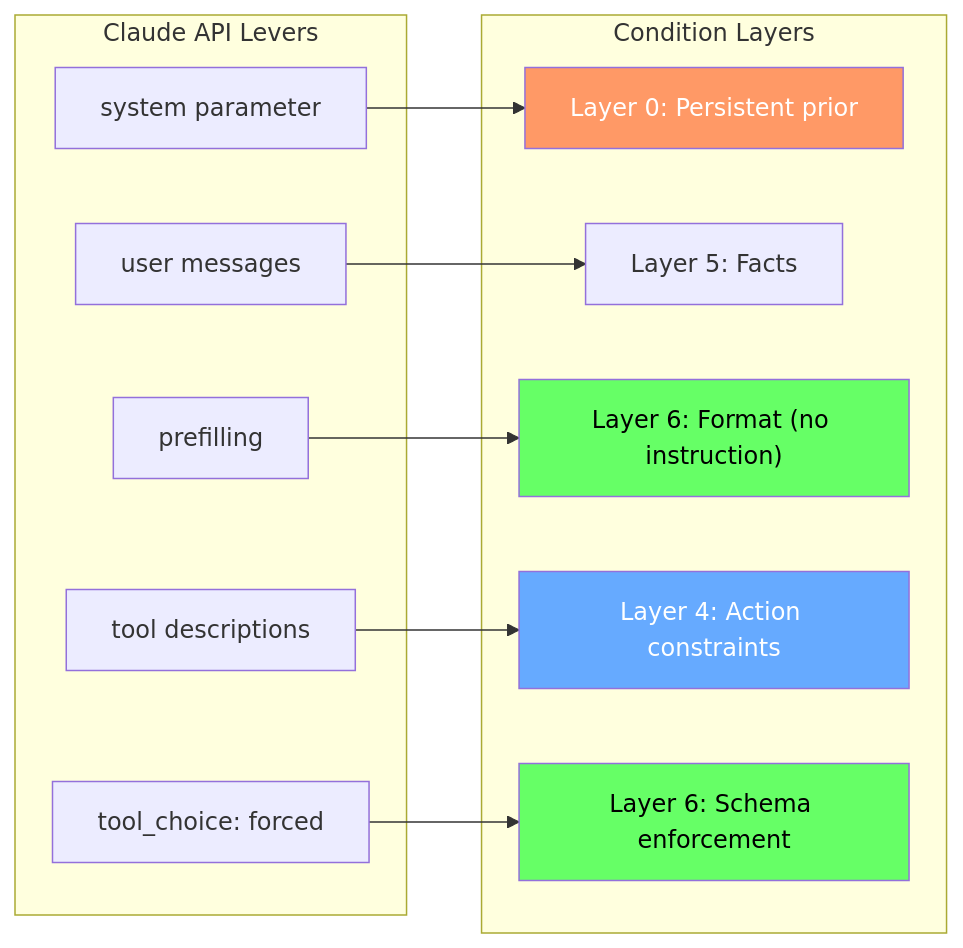
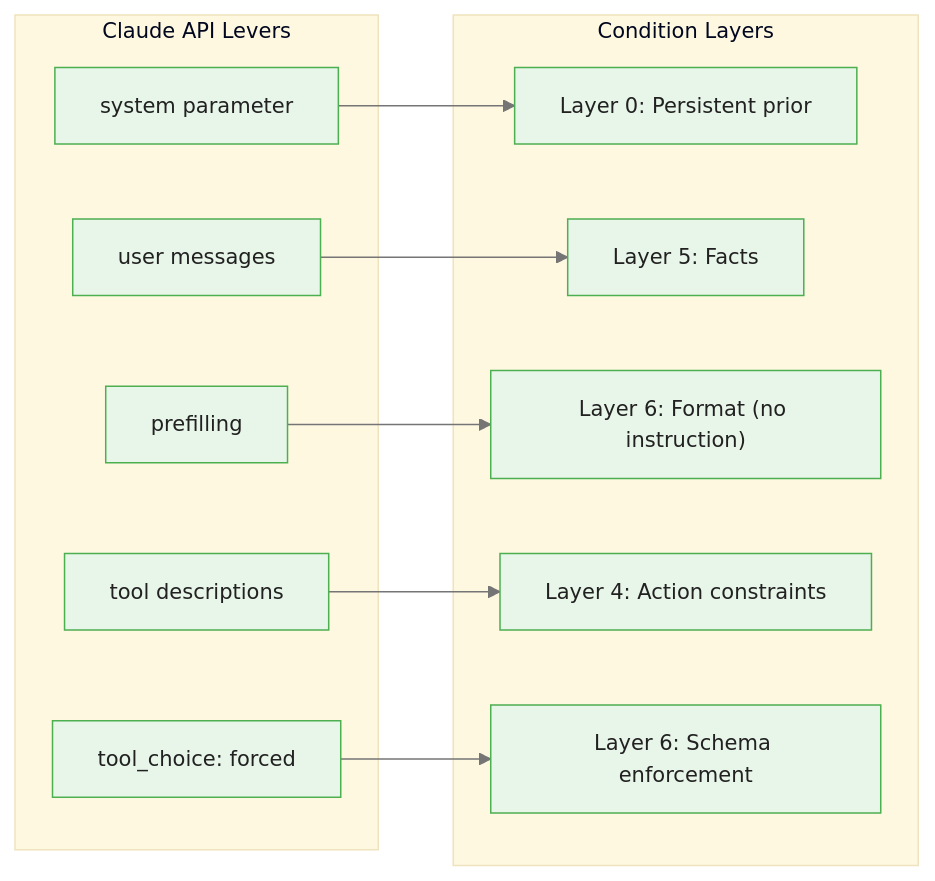
Before and after one commit to m-deane/course-creator: the second of 2 diagrams in courses/bayesian-prompt-engineering/modules/module_05_agents_workflows/guides/02_claude_specific_patterns_slides.md, drawn with Mermaid. The commit also changed other lines of this file and 53 other files, not shown here.

````diff
--- a/courses/bayesian-prompt-engineering/modules/module_05_agents_workflows/guides/02_claude_specific_patterns_slides.md
+++ b/courses/bayesian-prompt-engineering/modules/module_05_agents_workflows/guides/02_claude_specific_patterns_slides.md
@@ -380,27 +390,23 @@
 ```mermaid
+%%{init: {"theme": "base", "themeVariables": {"primaryColor": "#e8f5e9", "primaryBorderColor": "#4caf50", "primaryTextColor": "#212121", "secondaryColor": "#e3f2fd", "tertiaryColor": "#fff8e1", "lineColor": "#757575", "fontFamily": "Inter, sans-serif", "fontSize": "14px"}}}%%
 flowchart LR
     subgraph Levers["Claude API Levers"]
         L0["system parameter"]
         L2["user messages"]
         L3["prefilling"]
         L4["tool descriptions"]
         L5["tool_choice: forced"]
     end
     subgraph Layers["Condition Layers"]
         C0["Layer 0: Persistent prior"]
         C5["Layer 5: Facts"]
         C6a["Layer 6: Format (no instruction)"]
         C4["Layer 4: Action constraints"]
         C6b["Layer 6: Schema enforcement"]
     end
     L0 --> C0
     L2 --> C5
     L3 --> C6a
     L4 --> C4
     L5 --> C6b
-
-    style C0 fill:#f96,color:#fff
-    style C4 fill:#6af,color:#fff
-    style C6a fill:#6f6,color:#000
-    style C6b fill:#6f6,color:#000
 ```
````
